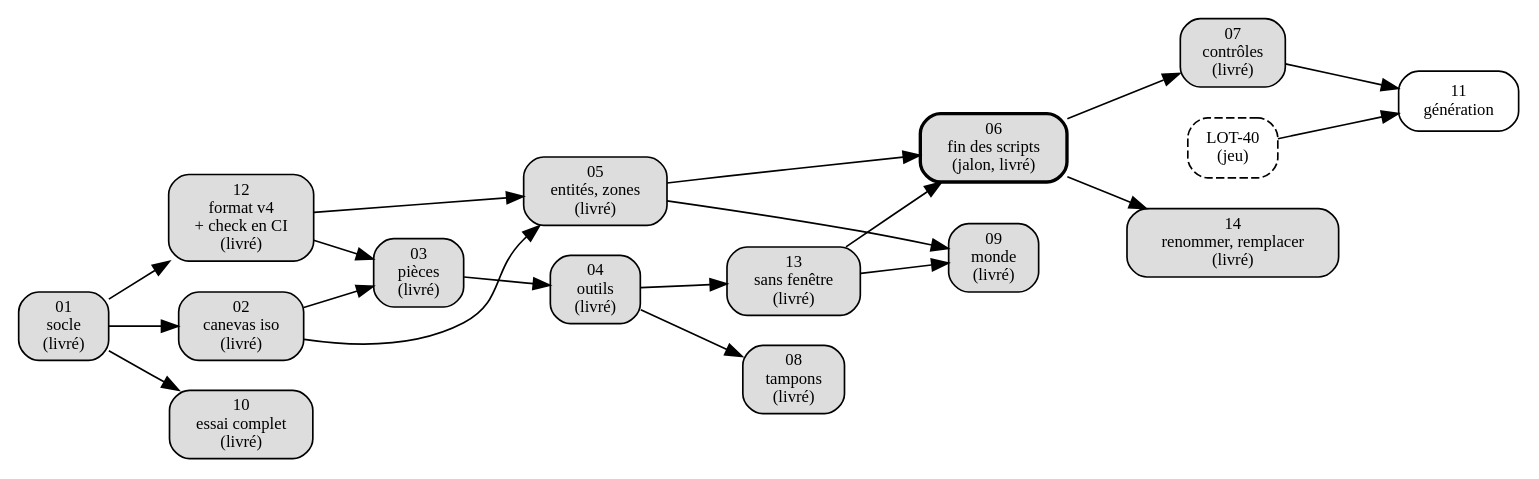
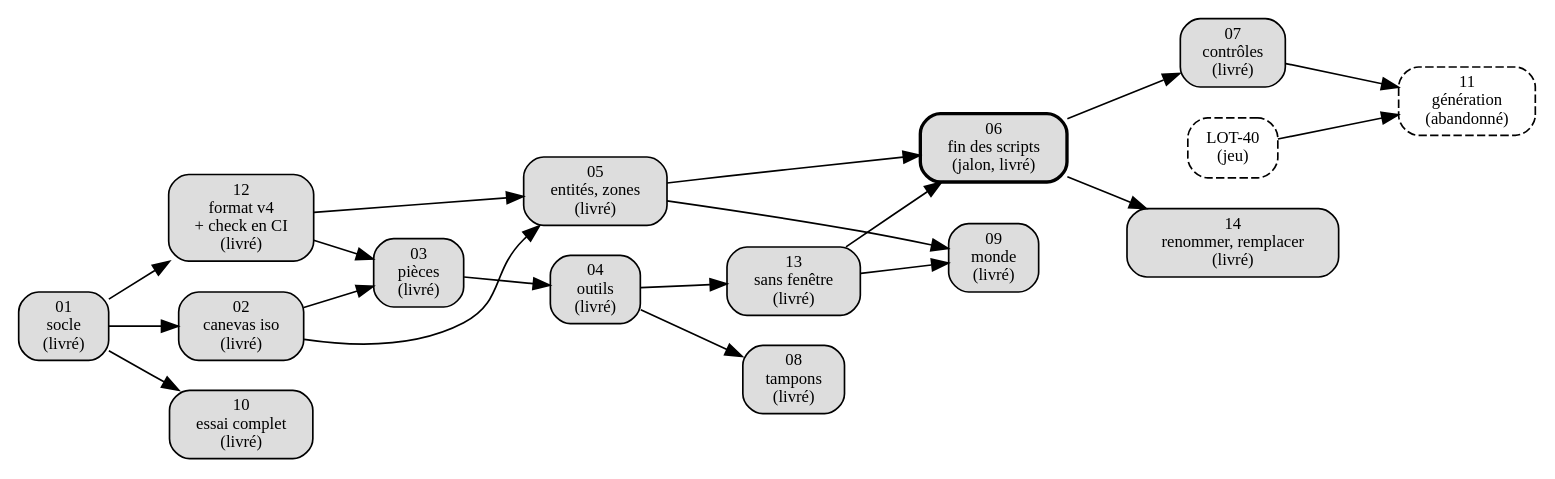
The diagram in Documentation/Editeur/feuille-de-route.md (azertval/JustAnotherRpgGame), drawn with Graphviz before and after one commit. The commit also changed other lines of this file and 45 other files, not shown here.

````diff
--- a/Documentation/Editeur/feuille-de-route.md
+++ b/Documentation/Editeur/feuille-de-route.md
@@ -210,29 +218,29 @@
 ```dot
 digraph editeur {
   rankdir=LR;
   node [shape=box, style=rounded, fontsize=10];
   E01 [label="01\nsocle\n(livré)", style="rounded,filled", fillcolor="#dddddd"];
   E02 [label="02\ncanevas iso\n(livré)", style="rounded,filled", fillcolor="#dddddd"];
   E12 [label="12\nformat v4\n+ check en CI\n(livré)", style="rounded,filled", fillcolor="#dddddd"];
   E03 [label="03\npièces\n(livré)", style="rounded,filled", fillcolor="#dddddd"];
   E04 [label="04\noutils\n(livré)", style="rounded,filled", fillcolor="#dddddd"];
   E05 [label="05\nentités, zones\n(livré)", style="rounded,filled", fillcolor="#dddddd"];
   E13 [label="13\nsans fenêtre\n(livré)", style="rounded,filled", fillcolor="#dddddd"];
   E06 [label="06\nfin des scripts\n(jalon, livré)", style="rounded,filled,bold", fillcolor="#dddddd"];
   E07 [label="07\ncontrôles\n(livré)", style="rounded,filled", fillcolor="#dddddd"];
   E14 [label="14\nrenommer, remplacer\n(livré)", style="rounded,filled", fillcolor="#dddddd"];
   E08 [label="08\ntampons\n(livré)", style="rounded,filled", fillcolor="#dddddd"];
   E09 [label="09\nmonde\n(livré)", style="rounded,filled", fillcolor="#dddddd"];
   E10 [label="10\nessai complet\n(livré)", style="rounded,filled", fillcolor="#dddddd"];
-  E11 [label="11\ngénération"];
+  E11 [label="11\ngénération\n(abandonné)", style="rounded,dashed"];
   L40 [label="LOT-40\n(jeu)", style="rounded,dashed"];
   E01 -> E02; E01 -> E12; E01 -> E10;
   E02 -> E03; E12 -> E03;
   E02 -> E05; E12 -> E05;
   E03 -> E04; E04 -> E13; E04 -> E08;
   E13 -> E06; E05 -> E06;
   E06 -> E07; E06 -> E14;
   E05 -> E09; E13 -> E09;
   E07 -> E11; L40 -> E11;
 }
 ```
````
